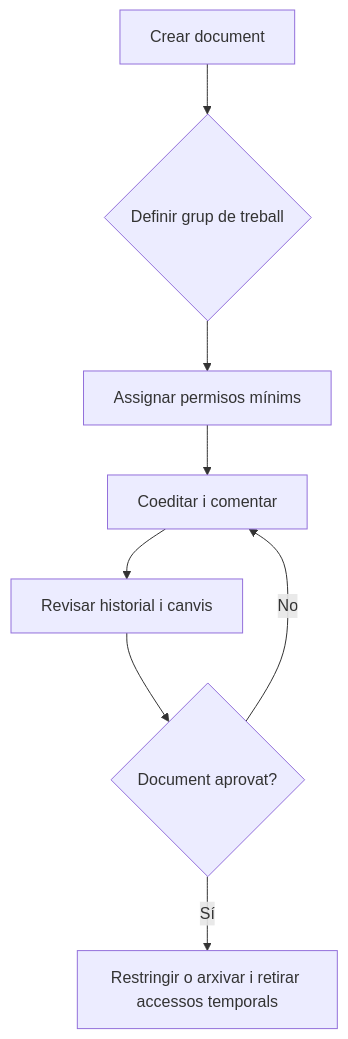
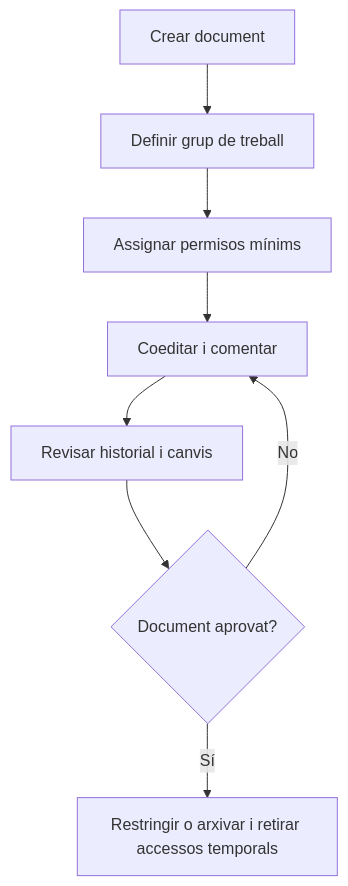
Before and after one commit to jordicido/jordicina: the second of 2 diagrams in docs/smx-aw/up2/05-treball-collaboratiu.md, drawn with Mermaid. The commit also changed other lines of this file and 5 other files, not shown here.

````diff
--- a/docs/smx-aw/up2/05-treball-collaboratiu.md
+++ b/docs/smx-aw/up2/05-treball-collaboratiu.md
@@ -85,10 +89,10 @@
 ```mermaid
 flowchart TD
-    D[Crear document] --> G{Definir grup de treball}
+    D[Crear document] --> G[Definir grup de treball]
     G --> P[Assignar permisos mínims]
     P --> C[Coeditar i comentar]
     C --> V[Revisar historial i canvis]
     V --> A{Document aprovat?}
     A -- No --> C
     A -- Sí --> F[Restringir o arxivar i retirar accessos temporals]
 ```
````
